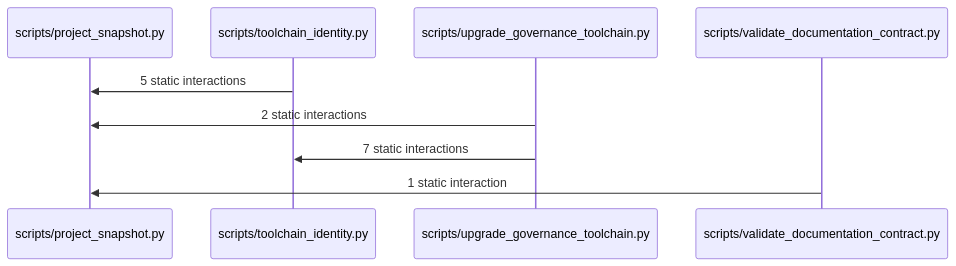
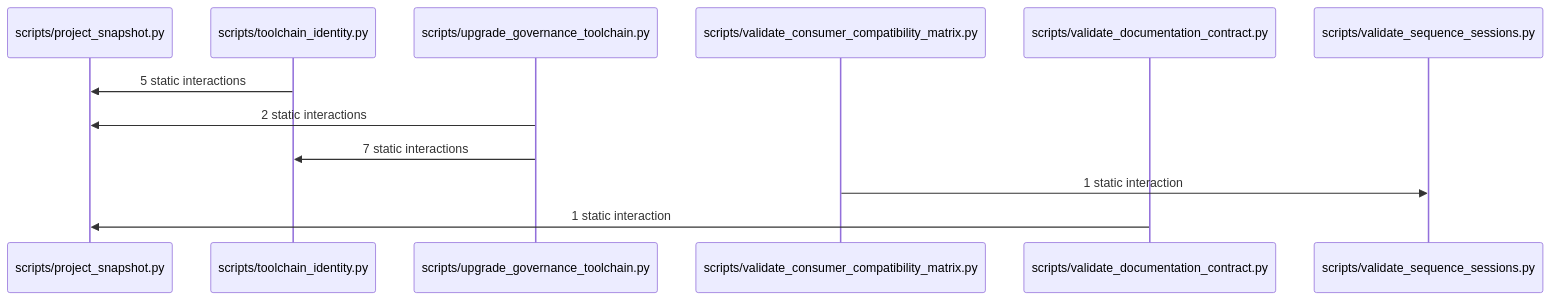
Before and after one commit to maxqstudio/Skill_Workflow: the diagram in docs/sequence/generated/SW2-23-GOVERNANCE.human.mmd, drawn with Mermaid. The commit also changed 15 other files, not shown here.

Commit message:
SW2-23: synchronize helper-free source digest and consumer sequence

```diff
--- a/docs/sequence/generated/SW2-23-GOVERNANCE.human.mmd
+++ b/docs/sequence/generated/SW2-23-GOVERNANCE.human.mmd
@@ -1,13 +1,16 @@
 %% GENERATED FILE - DO NOT EDIT
-%% SOURCE_DIGEST: eb7e4e9bb48d07a1c166a01dbb8f0ef536ba9defa4f1edaabcd4274f5bbe4609
+%% SOURCE_DIGEST: 80274cde6504c04fb099d76665cbf64b89a803933ae4614c23615e4ef0d603be
 %% POLICY_ID: module-collapse-v1
 %% GENERATED_BY: sequence_human_view.py
 sequenceDiagram
     participant module_scripts_project_snapshot_py_0 as scripts/project_snapshot.py
     participant module_scripts_toolchain_identity_py_1 as scripts/toolchain_identity.py
     participant module_scripts_upgrade_governance_toolchain_py_2 as scripts/upgrade_governance_toolchain.py
-    participant module_scripts_validate_documentation_contract_py_3 as scripts/validate_documentation_contract.py
+    participant module_scripts_validate_consumer_compatibility_matrix_py_3 as scripts/validate_consumer_compatibility_matrix.py
+    participant module_scripts_validate_documentation_contract_py_4 as scripts/validate_documentation_contract.py
+    participant module_scripts_validate_sequence_sessions_py_5 as scripts/validate_sequence_sessions.py
     module_scripts_toolchain_identity_py_1->>module_scripts_project_snapshot_py_0: 5 static interactions
     module_scripts_upgrade_governance_toolchain_py_2->>module_scripts_project_snapshot_py_0: 2 static interactions
     module_scripts_upgrade_governance_toolchain_py_2->>module_scripts_toolchain_identity_py_1: 7 static interactions
-    module_scripts_validate_documentation_contract_py_3->>module_scripts_project_snapshot_py_0: 1 static interaction
+    module_scripts_validate_consumer_compatibility_matrix_py_3->>module_scripts_validate_sequence_sessions_py_5: 1 static interaction
+    module_scripts_validate_documentation_contract_py_4->>module_scripts_project_snapshot_py_0: 1 static interaction
```
